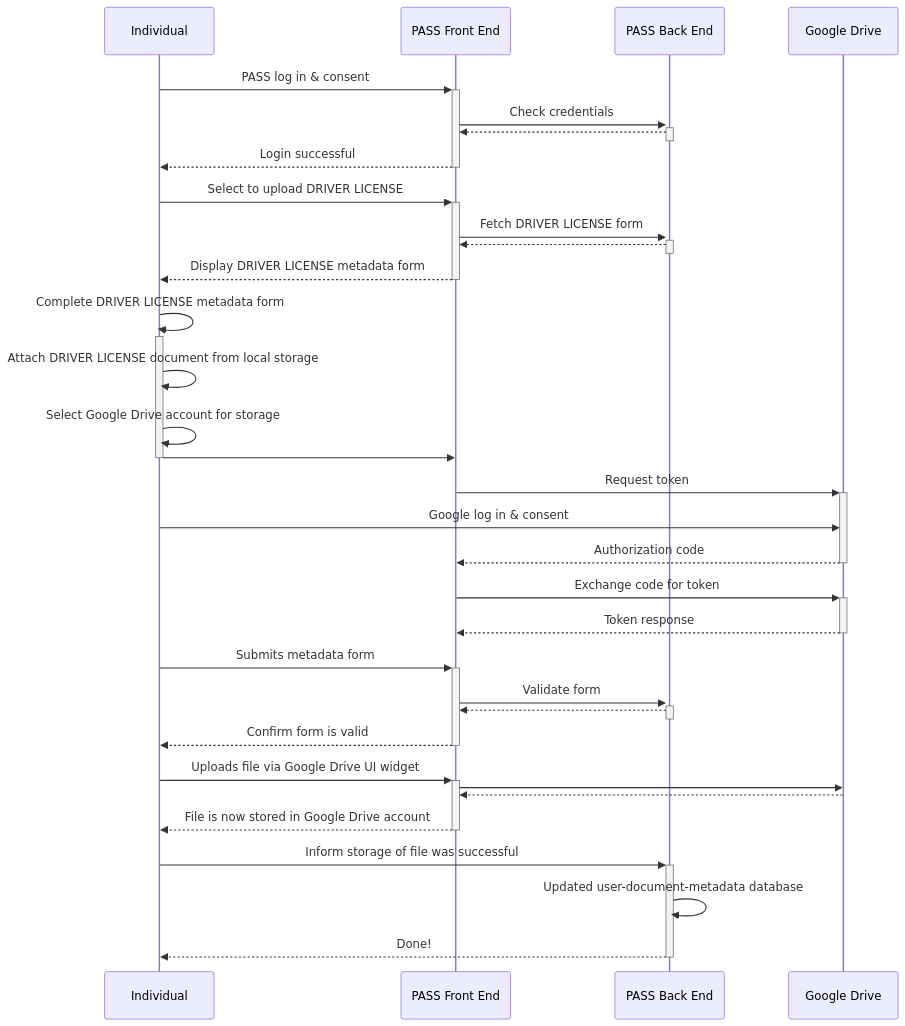
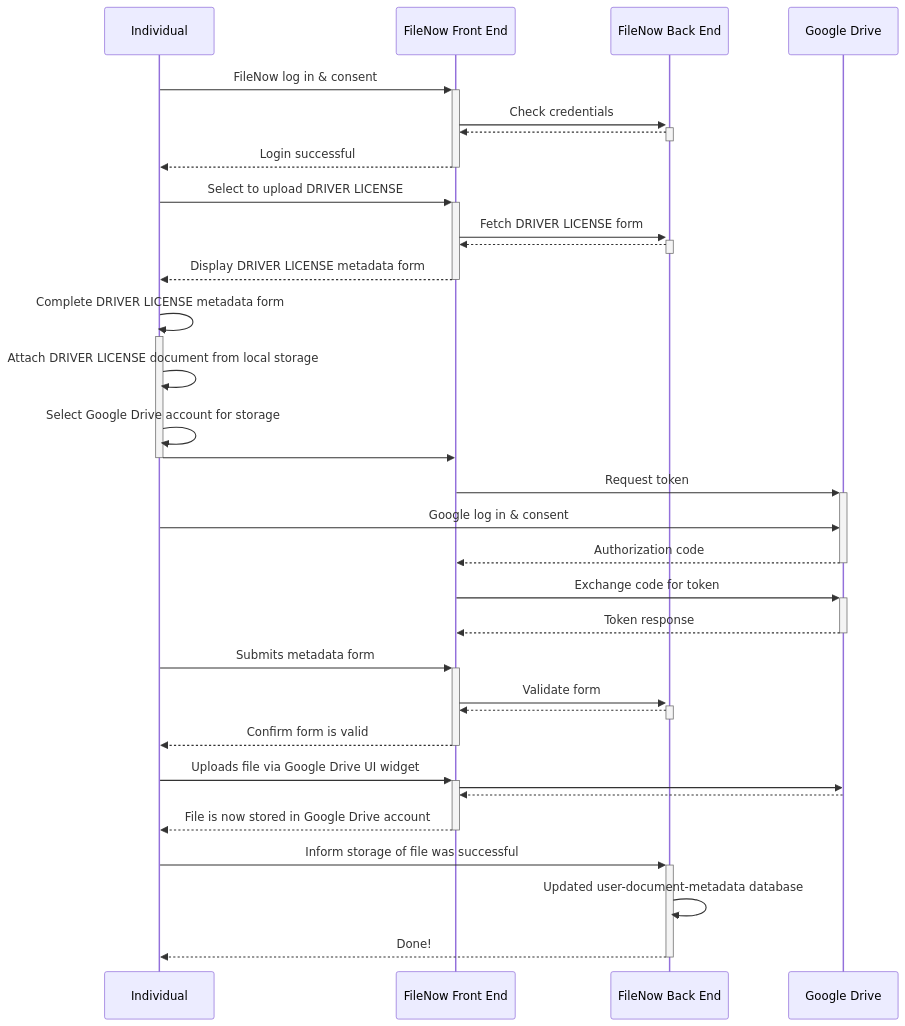
Before and after one commit to k-mack/codeforpdx-pass: the diagram in docs/design/filenow.md, drawn with Mermaid. The commit also changed other lines of this file, not shown here.

````diff
--- a/docs/design/filenow.md
+++ b/docs/design/filenow.md
@@ -128,41 +128,41 @@
 ```mermaid
 sequenceDiagram
     participant Alice as Individual
-    participant PFE as PASS Front End
-    participant PBE as PASS Back End
+    participant PFE as FileNow Front End
+    participant PBE as FileNow Back End
     participant GDrive as Google Drive
     %participant OneDrive as Microsoft OneDrive
 
-    Alice->>+PFE: PASS log in & consent
+    Alice->>+PFE: FileNow log in & consent
     PFE->>+PBE: Check credentials
     PBE-->>-PFE: 
     PFE-->>-Alice: Login successful
 
     Alice->>+PFE: Select to upload DRIVER LICENSE
     PFE->>+PBE: Fetch DRIVER LICENSE form
     PBE-->>-PFE: 
     PFE-->>-Alice: Display DRIVER LICENSE metadata form
     Alice->>+Alice: Complete DRIVER LICENSE metadata form
     Alice->>Alice: Attach DRIVER LICENSE document from local storage
     Alice->>Alice: Select Google Drive account for storage
     Alice->>-PFE: 
 
     % Authenticate Alice to Google Drive
     PFE->>+GDrive: Request token
     Alice->>GDrive: Google log in & consent
     GDrive-->>-PFE: Authorization code
     PFE->>+GDrive: Exchange code for token
     GDrive-->>-PFE: Token response
 
     Alice->>+PFE: Submits metadata form
     PFE->>+PBE: Validate form
     PBE-->>-PFE: 
     PFE-->>-Alice: Confirm form is valid
     Alice->>+PFE: Uploads file via Google Drive UI widget
     PFE->>GDrive: 
     GDrive-->>PFE: 
     PFE-->>-Alice: File is now stored in Google Drive account
     Alice->>+PBE: Inform storage of file was successful
     PBE->>PBE: Updated user-document-metadata database
     PBE-->>-Alice: Done!
 ```
````
